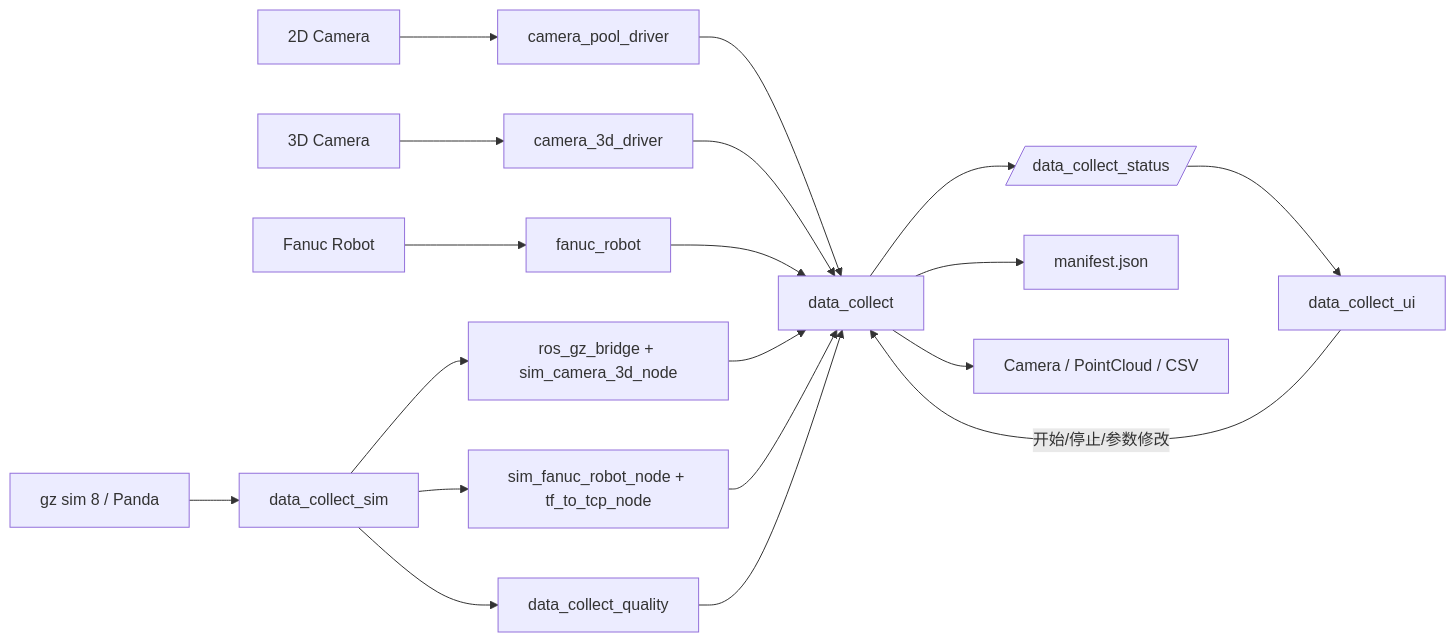
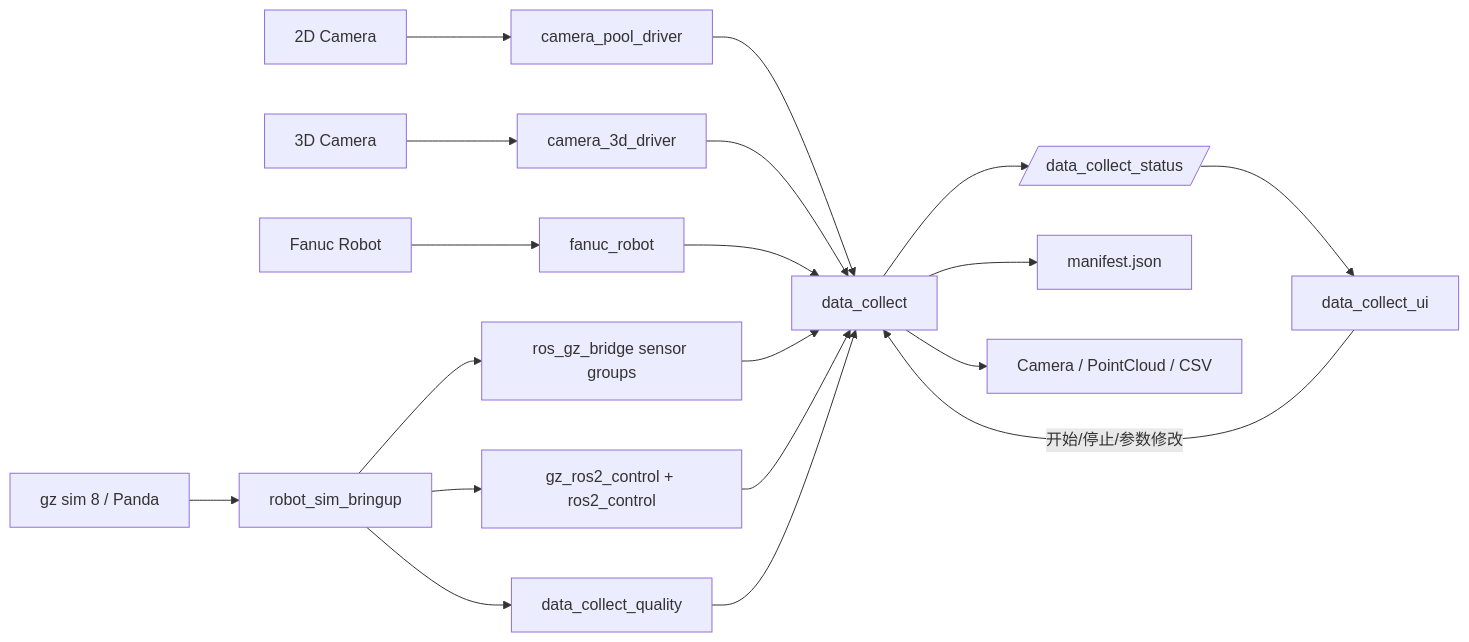
One commit to MzKyle/Robot-Sim changed the diagram in docs/architecture/data-flow.md. Above: the diagram before and after it, drawn with Mermaid. The commit also changed other lines of this file and 180 other files, not shown here.

````diff
--- a/docs/architecture/data-flow.md
+++ b/docs/architecture/data-flow.md
@@ -5,24 +5,24 @@
 ```mermaid
 flowchart LR
     Camera2D[2D Camera] --> Node2D[camera_pool_driver]
     Camera3D[3D Camera] --> Node3D[camera_3d_driver]
     Robot[Fanuc Robot] --> RobotNode[fanuc_robot]
-    SimSim[gz sim 8 / Panda] --> SimLaunch[data_collect_sim]
-    SimLaunch --> SimNode3D[ros_gz_bridge + sim_camera_3d_node]
-    SimLaunch --> SimRobot[sim_fanuc_robot_node + tf_to_tcp_node]
+    SimSim[gz sim 8 / Panda] --> SimLaunch[robot_sim_bringup]
+    SimLaunch --> SimNode3D[ros_gz_bridge sensor groups]
+    SimLaunch --> SimRobot[gz_ros2_control + ros2_control]
     SimLaunch --> Quality[data_collect_quality]
 
     Node2D --> Collect[data_collect]
     Node3D --> Collect
     RobotNode --> Collect
     SimNode3D --> Collect
     SimRobot --> Collect
     Quality --> Collect
 
     Collect --> Status[/data_collect_status/]
     Collect --> Manifest[manifest.json]
     Collect --> Media[Camera / PointCloud / CSV]
 
     Status --> UI[data_collect_ui]
     UI -->|开始/停止/参数修改| Collect
 ```
````
